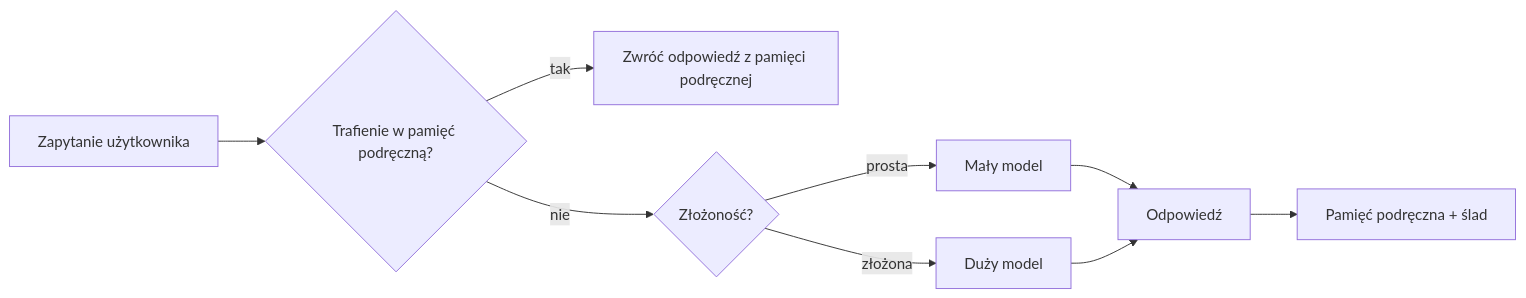
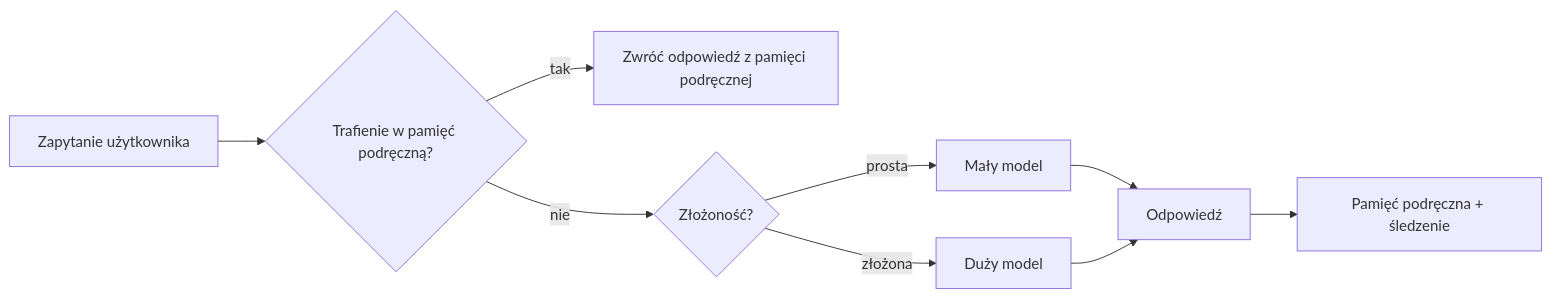
Before and after one commit to microsoft/ai-agents-for-beginners: the third of 4 diagrams in translations/pl/16-deploying-scalable-agents/README.md, drawn with Mermaid. The commit also changed other lines of this file and 47 other files, not shown here.

````diff
--- a/translations/pl/16-deploying-scalable-agents/README.md
+++ b/translations/pl/16-deploying-scalable-agents/README.md
@@ -134,11 +134,11 @@
 ```mermaid
 flowchart LR
     Q[Zapytanie użytkownika] --> C{Trafienie w pamięć podręczną?}
     C -->|tak| R[Zwróć odpowiedź z pamięci podręcznej]
     C -->|nie| Router{Złożoność?}
     Router -->|prosta| SLM[Mały model]
     Router -->|złożona| LLM[Duży model]
     SLM --> Out[Odpowiedź]
     LLM --> Out
-    Out --> Store[Pamięć podręczna + ślad]
+    Out --> Store[Pamięć podręczna + śledzenie]
 ```
````
